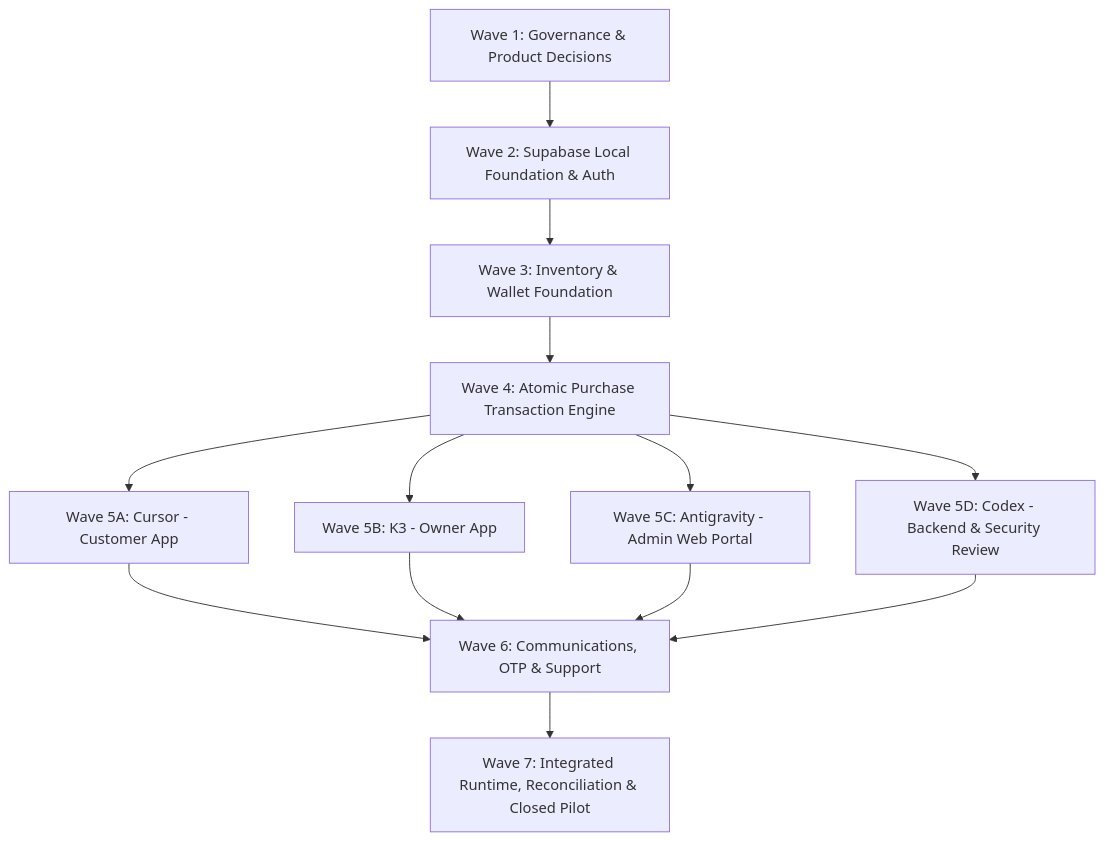
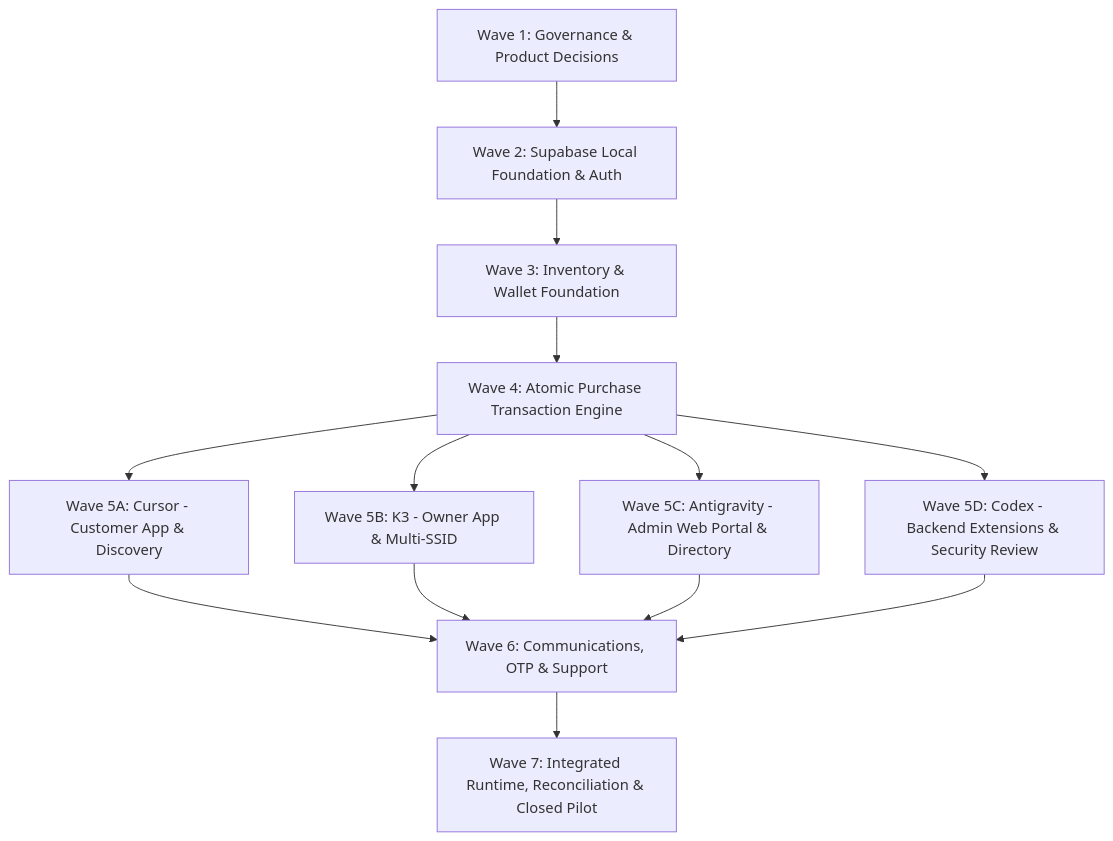
The diagram in docs/NETYEMEN-MULTI-AGENT-IMPLEMENTATION-BACKLOG-01.md (msorori-mh/NetYemen), drawn with Mermaid before and after one commit. The commit also changed other lines of this file and 7 other files, not shown here.

````diff
--- a/docs/NETYEMEN-MULTI-AGENT-IMPLEMENTATION-BACKLOG-01.md
+++ b/docs/NETYEMEN-MULTI-AGENT-IMPLEMENTATION-BACKLOG-01.md
@@ -35,15 +35,15 @@
 ```mermaid
 flowchart TD
     W1[Wave 1: Governance & Product Decisions] --> W2[Wave 2: Supabase Local Foundation & Auth]
     W2 --> W3[Wave 3: Inventory & Wallet Foundation]
     W3 --> W4[Wave 4: Atomic Purchase Transaction Engine]
-    W4 --> W5A[Wave 5A: Cursor - Customer App]
-    W4 --> W5B[Wave 5B: K3 - Owner App]
-    W4 --> W5C[Wave 5C: Antigravity - Admin Web Portal]
-    W4 --> W5D[Wave 5D: Codex - Backend & Security Review]
+    W4 --> W5A[Wave 5A: Cursor - Customer App & Discovery]
+    W4 --> W5B[Wave 5B: K3 - Owner App & Multi-SSID]
+    W4 --> W5C[Wave 5C: Antigravity - Admin Web Portal & Directory]
+    W4 --> W5D[Wave 5D: Codex - Backend Extensions & Security Review]
     W5A --> W6[Wave 6: Communications, OTP & Support]
     W5B --> W6
     W5C --> W6
     W5D --> W6
     W6 --> W7[Wave 7: Integrated Runtime, Reconciliation & Closed Pilot]
 ```
````
